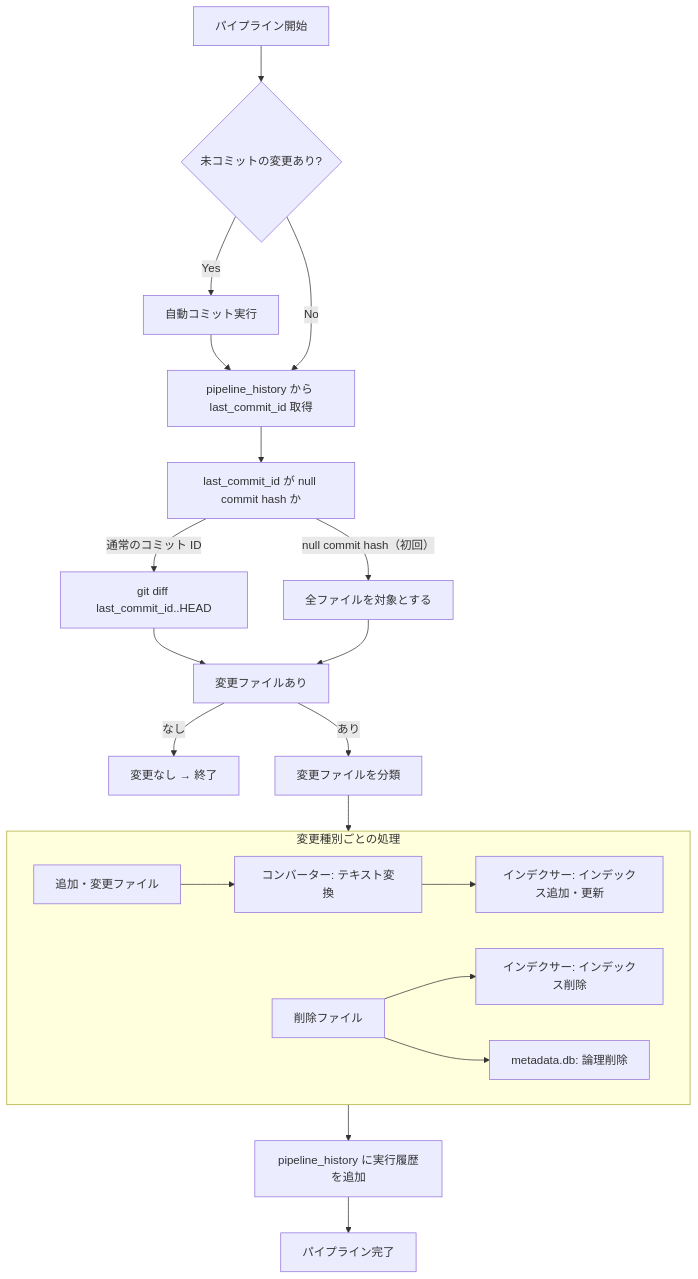
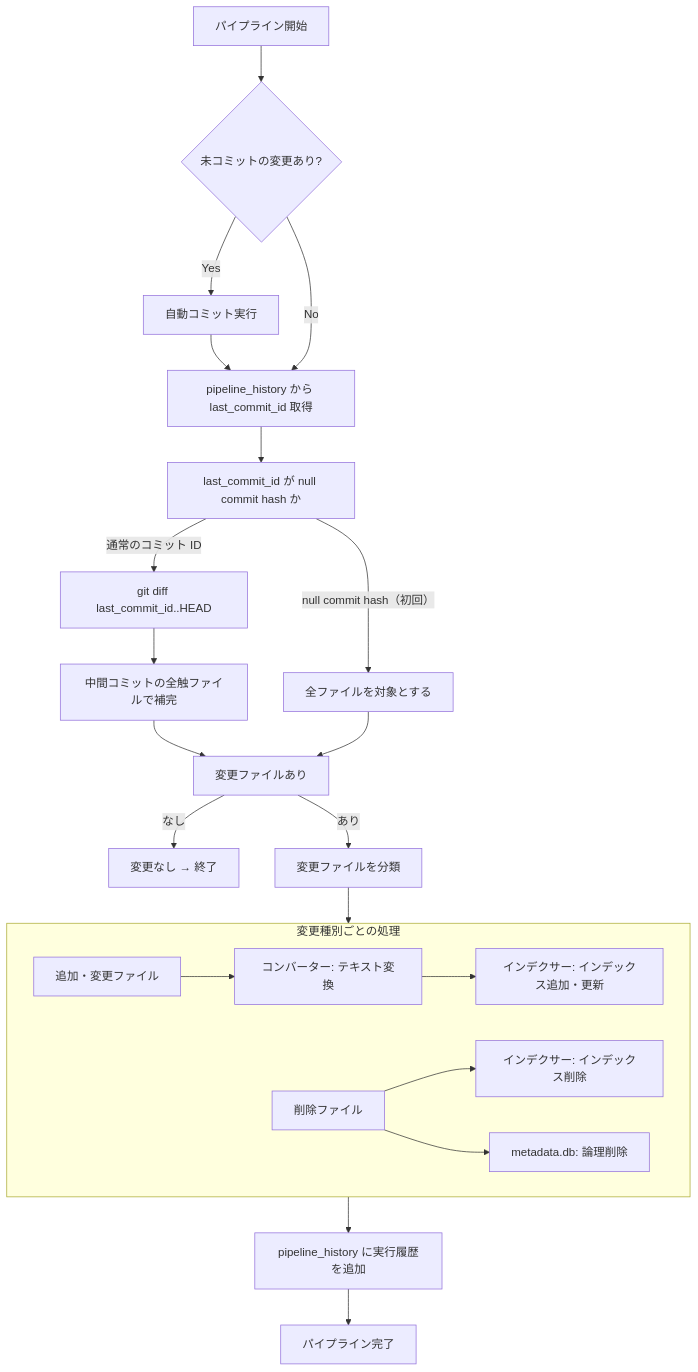
The first of 3 diagrams in docs/specs/pipeline-controller.md (becky3/rag-knowledge), drawn with Mermaid before and after one commit. The commit also changed other lines of this file and 4 other files, not shown here.

````diff
--- a/docs/specs/pipeline-controller.md
+++ b/docs/specs/pipeline-controller.md
@@ -144,40 +146,42 @@
 ```mermaid
 flowchart TD
     START["パイプライン開始"]
     CHECK_DIRTY{"未コミットの変更あり?"}
     AUTO_COMMIT["自動コミット実行"]
     GET_STATE["pipeline_history から last_commit_id 取得"]
     CHECK["last_commit_id が null commit hash か"]
     DIFF["git diff last_commit_id..HEAD"]
+    SUPPLEMENT["中間コミットの全触ファイルで補完"]
     FULL["全ファイルを対象とする"]
     HAS_CHANGES["変更ファイルあり"]
     NO_CHANGES["変更なし → 終了"]
     CLASSIFY["変更ファイルを分類"]
 
     subgraph PROCESS["変更種別ごとの処理"]
         ADDED["追加・変更ファイル"]
         DELETED["削除ファイル"]
         ADDED --> CONVERT["コンバーター: テキスト変換"]
         CONVERT --> INDEX_ADD["インデクサー: インデックス追加・更新"]
         DELETED --> INDEX_DEL["インデクサー: インデックス削除"]
         DELETED --> META_DEL["metadata.db: 論理削除"]
     end
 
     UPDATE_STATE["pipeline_history に実行履歴を追加"]
     END_NODE["パイプライン完了"]
 
     START --> CHECK_DIRTY
     CHECK_DIRTY -- Yes --> AUTO_COMMIT
     AUTO_COMMIT --> GET_STATE
     CHECK_DIRTY -- No --> GET_STATE
     GET_STATE --> CHECK
     CHECK -->|通常のコミット ID| DIFF
     CHECK -->|null commit hash（初回）| FULL
-    DIFF --> HAS_CHANGES
+    DIFF --> SUPPLEMENT
+    SUPPLEMENT --> HAS_CHANGES
     FULL --> HAS_CHANGES
     HAS_CHANGES -->|あり| CLASSIFY
     HAS_CHANGES -->|なし| NO_CHANGES
     CLASSIFY --> PROCESS
     PROCESS --> UPDATE_STATE
     UPDATE_STATE --> END_NODE
 ```
````
